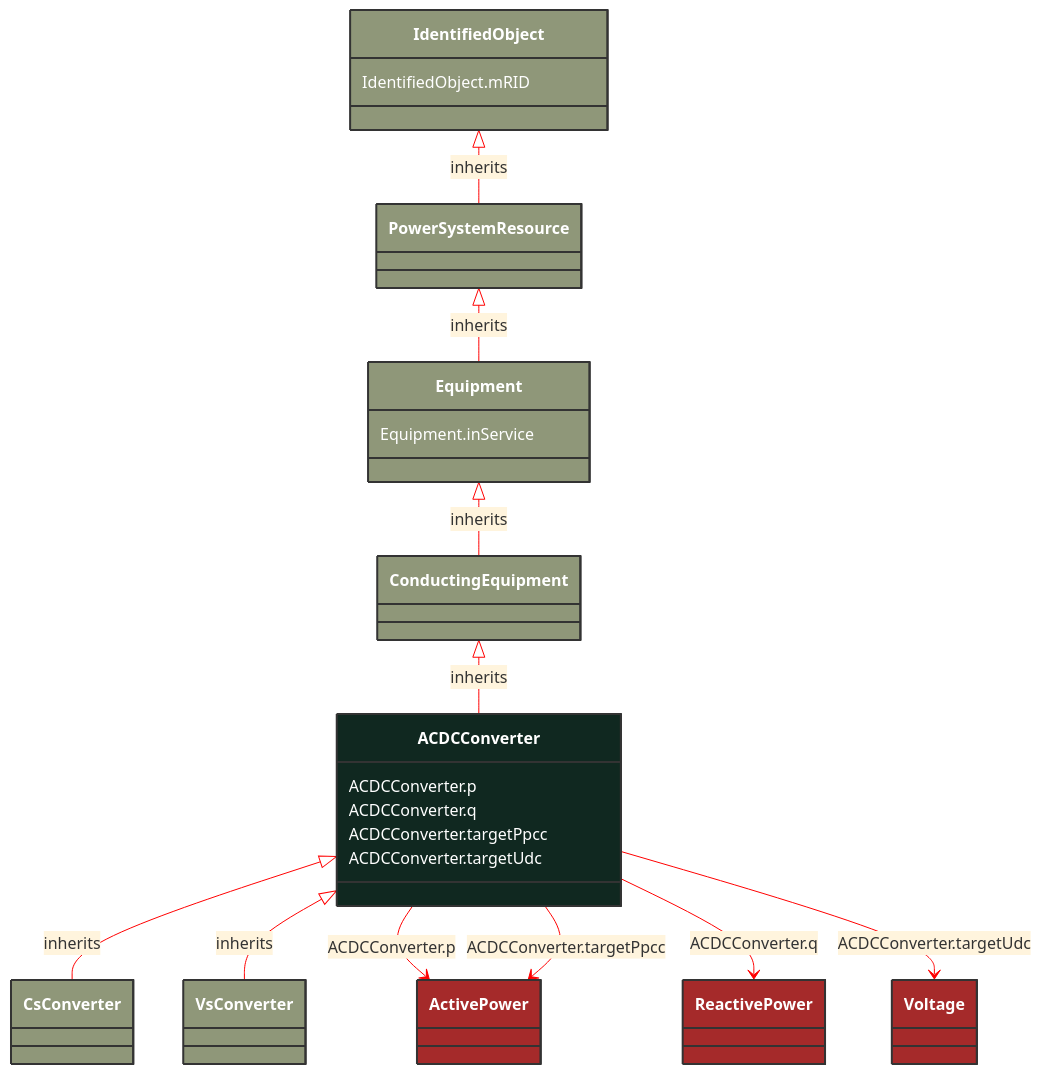
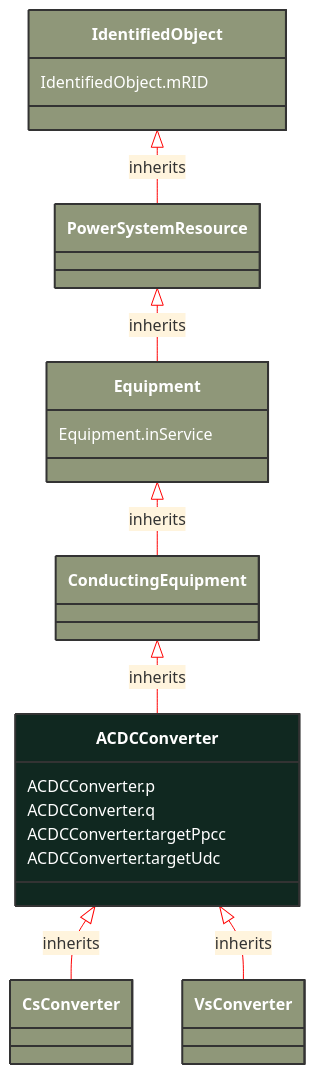
The diagram in docs/Models/Profiles/SteadyStateHypothesis/ConcreteClasses/ACDCConverter.md (3lbits/NoCIMExtensions), drawn with Mermaid before and after one commit. The commit also changed 397 other files, not shown here.

First line of the commit message:
Refactor CIM schemas to introduce abstract classes and consolidate data types

````diff
--- a/docs/Models/Profiles/SteadyStateHypothesis/ConcreteClasses/ACDCConverter.md
+++ b/docs/Models/Profiles/SteadyStateHypothesis/ConcreteClasses/ACDCConverter.md
@@ -8,64 +8,44 @@
 ```mermaid
 %%{init: {'theme':'base','themeVariables': {'lineColor': '#FF0000'}}}%%
 classDiagram
     class ACDCConverter
     click ACDCConverter href "/Models/Profiles/SteadyStateHypothesis/ConcreteClasses/ACDCConverter/"
     style ACDCConverter fill:#102820,stroke:#333,stroke-width:2px,rx:10,ry:10,color:white
 
         ACDCConverter <|-- CsConverter : inherits
 
         CsConverter
             click CsConverter href "/Models/Profiles/SteadyStateHypothesis/ConcreteClasses/CsConverter/"
             style CsConverter fill:#8F9779,stroke:#333,stroke-width:2px,rx:10,ry:10,color:white
 
         ACDCConverter <|-- VsConverter : inherits
 
         VsConverter
             click VsConverter href "/Models/Profiles/SteadyStateHypothesis/ConcreteClasses/VsConverter/"
             style VsConverter fill:#8F9779,stroke:#333,stroke-width:2px,rx:10,ry:10,color:white
      
         ConductingEquipment <|-- ACDCConverter : inherits
             click ConductingEquipment href "/Models/Profiles/SteadyStateHypothesis/ConcreteClasses/ConductingEquipment/"
             style ConductingEquipment fill:#8F9779,stroke:#333,stroke-width:2px,rx:10,ry:10,color:white
      
         Equipment <|-- ConductingEquipment : inherits
             click Equipment href "/Models/Profiles/SteadyStateHypothesis/ConcreteClasses/Equipment/"
             style Equipment fill:#8F9779,stroke:#333,stroke-width:2px,rx:10,ry:10,color:white
      
         PowerSystemResource <|-- Equipment : inherits
             click PowerSystemResource href "/Models/Profiles/SteadyStateHypothesis/ConcreteClasses/PowerSystemResource/"
             style PowerSystemResource fill:#8F9779,stroke:#333,stroke-width:2px,rx:10,ry:10,color:white
      
         IdentifiedObject <|-- PowerSystemResource : inherits
             click IdentifiedObject href "/Models/Profiles/SteadyStateHypothesis/ConcreteClasses/IdentifiedObject/"
             style IdentifiedObject fill:#8F9779,stroke:#333,stroke-width:2px,rx:10,ry:10,color:white
 
-        ACDCConverter --> ActivePower : ACDCConverter.p
-
-        ActivePower
-            click ActivePower href "/Models/Profiles/SteadyStateHypothesis/ConcreteClasses/ActivePower/"
-            style ActivePower fill:#A52A2A,stroke:#333,stroke-width:2px,rx:10,ry:10,color:white
-        ACDCConverter --> ReactivePower : ACDCConverter.q
-
-        ReactivePower
-            click ReactivePower href "/Models/Profiles/SteadyStateHypothesis/ConcreteClasses/ReactivePower/"
-            style ReactivePower fill:#A52A2A,stroke:#333,stroke-width:2px,rx:10,ry:10,color:white
-        ACDCConverter --> ActivePower : ACDCConverter.targetPpcc
-
-        ActivePower
-            click ActivePower href "/Models/Profiles/SteadyStateHypothesis/ConcreteClasses/ActivePower/"
-            style ActivePower fill:#A52A2A,stroke:#333,stroke-width:2px,rx:10,ry:10,color:white
-        ACDCConverter --> Voltage : ACDCConverter.targetUdc
-
-        Voltage
-            click Voltage href "/Models/Profiles/SteadyStateHypothesis/ConcreteClasses/Voltage/"
-            style Voltage fill:#A52A2A,stroke:#333,stroke-width:2px,rx:10,ry:10,color:white
 
 
         ACDCConverter : ACDCConverter.p
         ACDCConverter : ACDCConverter.q
         ACDCConverter : ACDCConverter.targetPpcc
         ACDCConverter : ACDCConverter.targetUdc
         Equipment : Equipment.inService
         IdentifiedObject : IdentifiedObject.mRID
 ```
````
